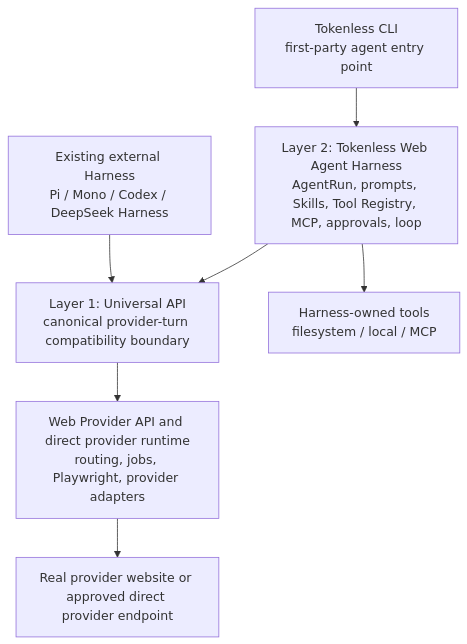
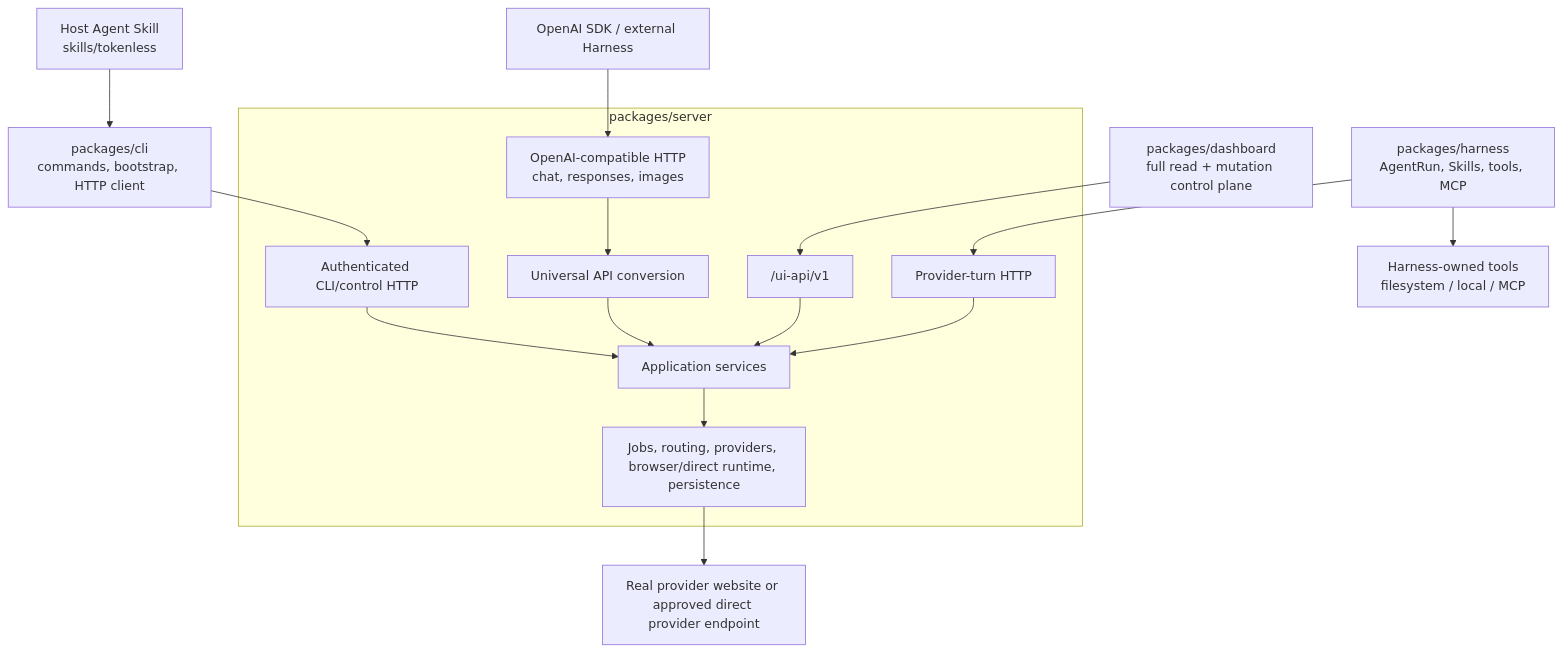
The diagram in docs/architecture.md (jazelly/tokenless), drawn with Mermaid before and after one commit. The commit also changed other lines of this file and 366 other files, not shown here.

````diff
--- a/docs/architecture.md
+++ b/docs/architecture.md
@@ -11,17 +11,23 @@
 ```mermaid
 flowchart TB
-  External["Existing external Harness<br/>Pi / Mono / Codex / DeepSeek Harness"]
-  CLI["Tokenless CLI<br/>first-party agent entry point"]
-  Harness["Layer 2: Tokenless Web Agent Harness<br/>AgentRun, prompts, Skills, Tool Registry, MCP, approvals, loop"]
-  API["Layer 1: Universal API<br/>canonical provider-turn compatibility boundary"]
-  Provider["Web Provider API and direct provider runtime<br/>routing, jobs, Playwright, provider adapters"]
+  Skill["Host Agent Skill<br/>skills/tokenless"] --> CLI
+  CLI["packages/cli<br/>commands, bootstrap, HTTP client"] --> Control["Authenticated CLI/control HTTP"]
+  Dashboard["packages/dashboard<br/>full read + mutation control plane"] --> UIAPI["/ui-api/v1"]
+  External["OpenAI SDK / external Harness"] --> API["OpenAI-compatible HTTP<br/>chat, responses, images"]
+  Harness["packages/harness<br/>AgentRun, Skills, tools, MCP"] --> Turn["Provider-turn HTTP"]
+
+  subgraph Server["packages/server"]
+    Control --> Application["Application services"]
+    UIAPI --> Application
+    API --> Universal["Universal API conversion"]
+    Turn --> Application
+    Universal --> Application
+    Application --> Provider["Jobs, routing, providers, browser/direct runtime, persistence"]
+  end
+
   Browser["Real provider website or approved direct provider endpoint"]
   Tools["Harness-owned tools<br/>filesystem / local / MCP"]
 
-  External --> API
-  CLI --> Harness
-  Harness --> API
   Harness --> Tools
-  API --> Provider
   Provider --> Browser
 ```
````
